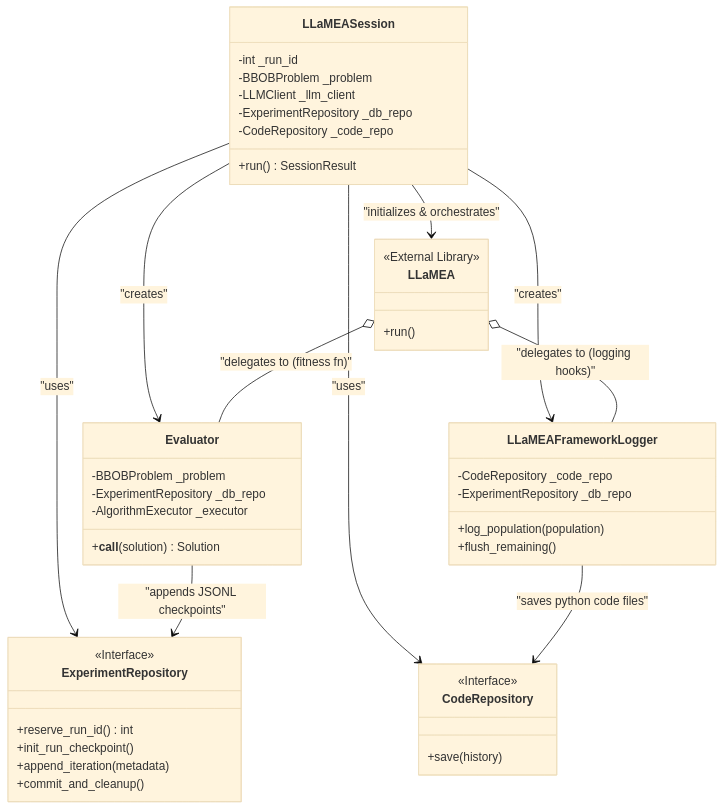
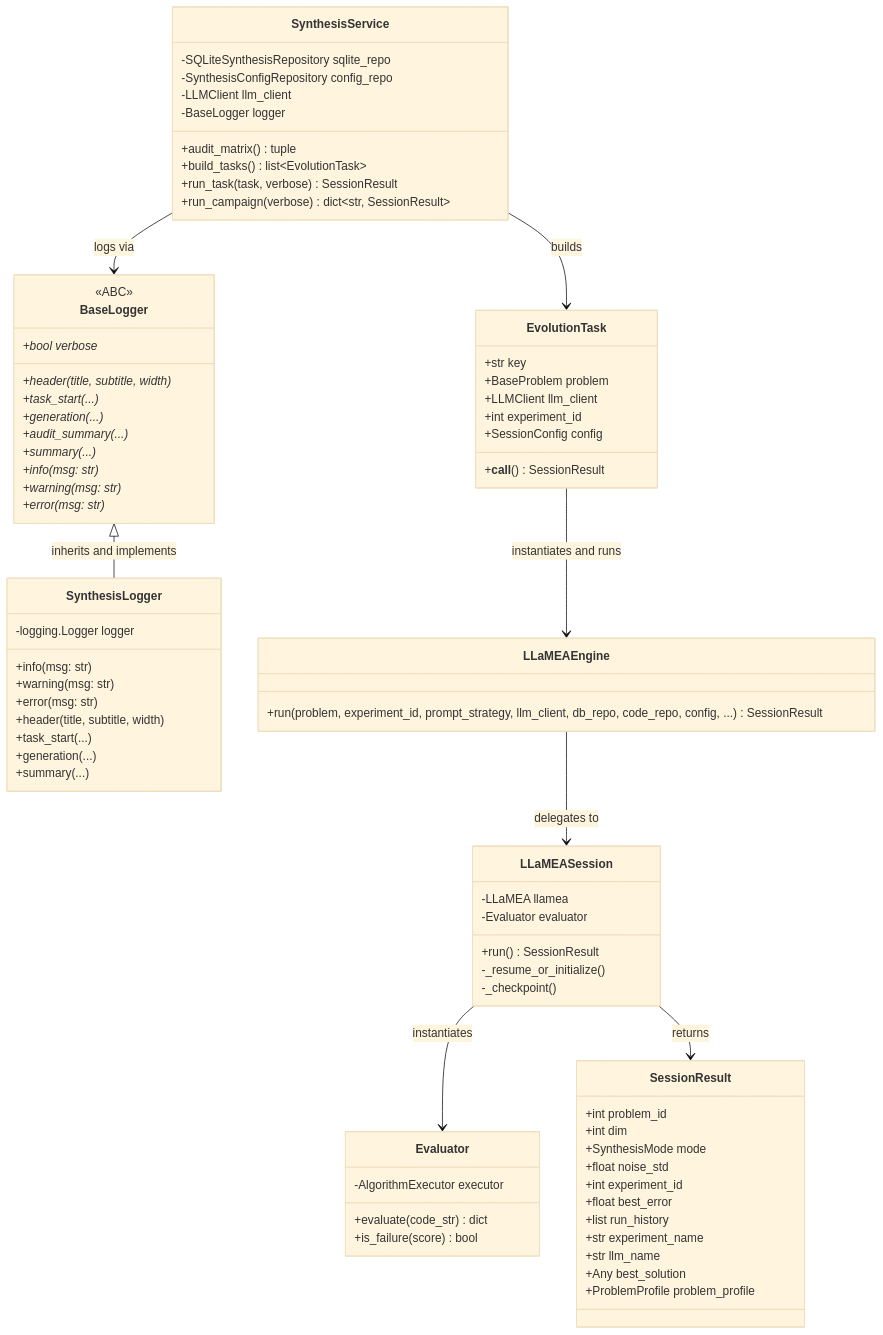
Before and after one commit to Nicola-Ibrahim/AAD_LLM: the second of 3 diagrams in docs/architecture/llamea_architecture.md, drawn with Mermaid (base theme). The commit also changed other lines of this file and 27 other files, not shown here.

Commit message:
refactor: modularize synthesis service with engine abstraction and BaseLogger interface

````diff
--- a/docs/architecture/llamea_architecture.md
+++ b/docs/architecture/llamea_architecture.md
@@ -9,55 +79,86 @@
 ```mermaid
 classDiagram
-    class LLaMEASession {
-        -int _run_id
-        -BBOBProblem _problem
-        -LLMClient _llm_client
-        -ExperimentRepository _db_repo
-        -CodeRepository _code_repo
-        +run() SessionResult
-    }
-    
-    class Evaluator {
-        -BBOBProblem _problem
-        -ExperimentRepository _db_repo
-        -AlgorithmExecutor _executor
-        +__call__(solution) Solution
-    }
-    
-    class LLaMEAFrameworkLogger {
-        -CodeRepository _code_repo
-        -ExperimentRepository _db_repo
-        +log_population(population)
-        +flush_remaining()
-    }
-    
-    class ExperimentRepository {
-        <<Interface>>
-        +reserve_run_id() int
-        +init_run_checkpoint()
-        +append_iteration(metadata)
-        +commit_and_cleanup()
-    }
-    
-    class CodeRepository {
-        <<Interface>>
-        +save(history)
+    class BaseLogger {
+        <<ABC>>
+        +bool verbose*
+        +header(title, subtitle, width)*
+        +task_start(...) *
+        +generation(...) *
+        +audit_summary(...) *
+        +summary(...) *
+        +info(msg: str)*
+        +warning(msg: str)*
+        +error(msg: str)*
     }
 
-    class LLaMEA {
-        <<External Library>>
-        +run()
+    class SynthesisLogger {
+        -logging.Logger logger
+        +info(msg: str)
+        +warning(msg: str)
+        +error(msg: str)
+        +header(title, subtitle, width)
+        +task_start(...)
+        +generation(...)
+        +summary(...)
     }
 
-    LLaMEASession --> Evaluator : "creates"
-    LLaMEASession --> LLaMEAFrameworkLogger : "creates"
-    LLaMEASession --> ExperimentRepository : "uses"
-    LLaMEASession --> CodeRepository : "uses"
-    LLaMEASession --> LLaMEA : "initializes & orchestrates"
-    
-    LLaMEA o-- Evaluator : "delegates to (fitness fn)"
-    LLaMEA o-- LLaMEAFrameworkLogger : "delegates to (logging hooks)"
-    
-    Evaluator --> ExperimentRepository : "appends JSONL checkpoints"
-    LLaMEAFrameworkLogger --> CodeRepository : "saves python code files"
+    class LLaMEAEngine {
+        +run(problem, experiment_id, prompt_strategy, llm_client, db_repo, code_repo, config, ...) SessionResult
+    }
+
+    class LLaMEASession {
+        -LLaMEA llamea
+        -Evaluator evaluator
+        +run() SessionResult
+        -_resume_or_initialize()
+        -_checkpoint()
+    }
+
+    class Evaluator {
+        -AlgorithmExecutor executor
+        +evaluate(code_str) dict
+        +is_failure(score) bool
+    }
+
+    class SynthesisService {
+        -SQLiteSynthesisRepository sqlite_repo
+        -SynthesisConfigRepository config_repo
+        -LLMClient llm_client
+        -BaseLogger logger
+        +audit_matrix() tuple
+        +build_tasks() list~EvolutionTask~
+        +run_task(task, verbose) SessionResult
+        +run_campaign(verbose) dict~str, SessionResult~
+    }
+
+    class EvolutionTask {
+        +str key
+        +BaseProblem problem
+        +LLMClient llm_client
+        +int experiment_id
+        +SessionConfig config
+        +__call__() SessionResult
+    }
+
+    class SessionResult {
+        +int problem_id
+        +int dim
+        +SynthesisMode mode
+        +float noise_std
+        +int experiment_id
+        +float best_error
+        +list run_history
+        +str experiment_name
+        +str llm_name
+        +Any best_solution
+        +ProblemProfile problem_profile
+    }
+
+    BaseLogger <|-- SynthesisLogger : inherits and implements
+    LLaMEAEngine --> LLaMEASession : delegates to
+    LLaMEASession --> Evaluator : instantiates
+    SynthesisService --> EvolutionTask : builds
+    EvolutionTask --> LLaMEAEngine : instantiates and runs
+    SynthesisService --> BaseLogger : logs via
+    LLaMEASession --> SessionResult : returns
 ```
````
